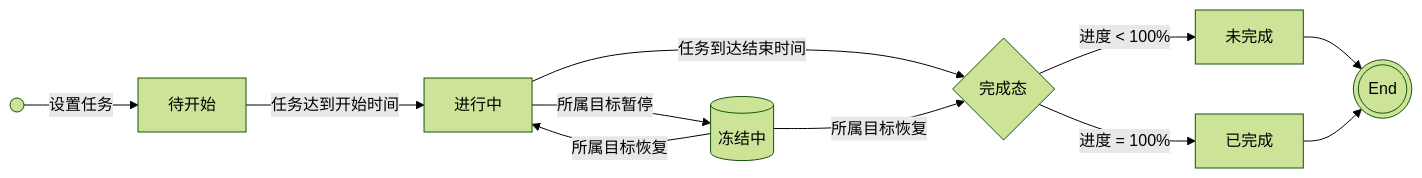
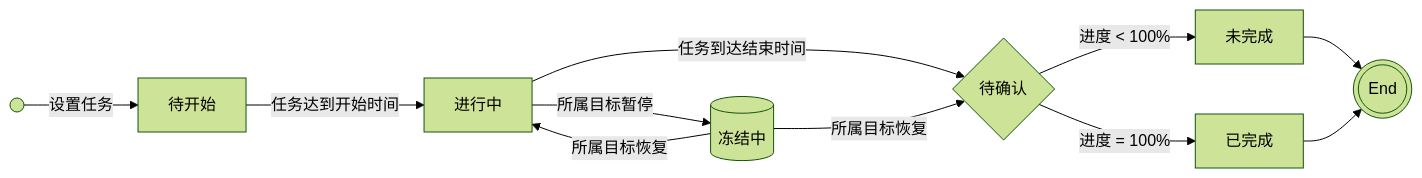
One commit to Junlin-Robin/wz_study changed the second of 6 diagrams in docs/program/weapp-connor.md. Above: the diagram before and after it, drawn with Mermaid (forest theme). The commit also changed other lines of this file and 18 other files, not shown here.

Commit message:
feat: 增加web端全屏预览mermaid组件

````diff
--- a/docs/program/weapp-connor.md
+++ b/docs/program/weapp-connor.md
@@ -92,15 +94,15 @@
 ```mermaid
 graph LR
 A@{ shape: sm-circ, label: "Start" }
 E@{ shape: dbl-circ, label: "End" }
 A --> |设置任务| a[待开始]
 a --> |任务达到开始时间| b[进行中]
-b --> |任务到达结束时间| c{完成态}
+b --> |任务到达结束时间| c{待确认}
 b --> |所属目标暂停| frezee[(冻结中)]
 frezee --> |所属目标恢复| b
 frezee --> |所属目标恢复| c
 c --> |进度 < 100%| d[未完成]
 c --> |进度 = 100%| e[已完成]
 d --> E
 e --> E
 ```
````
